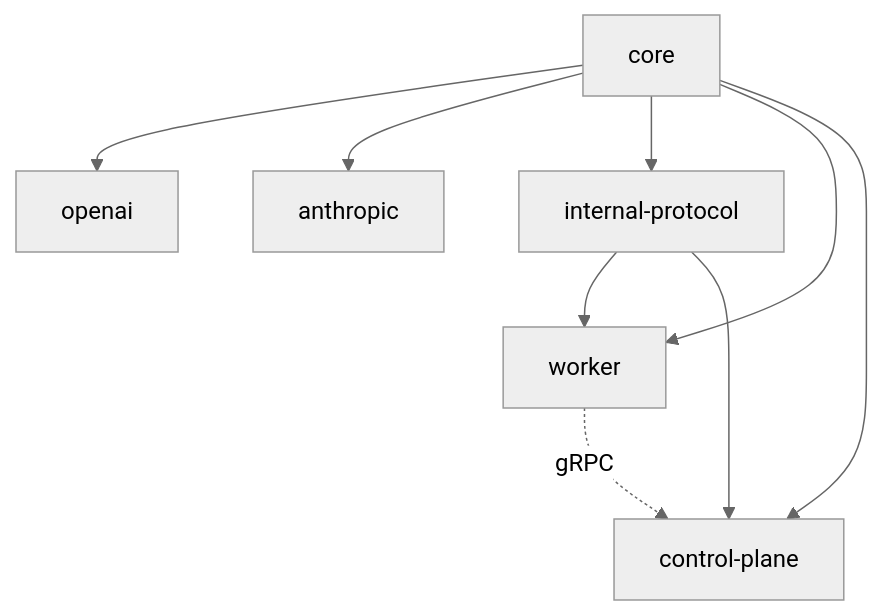
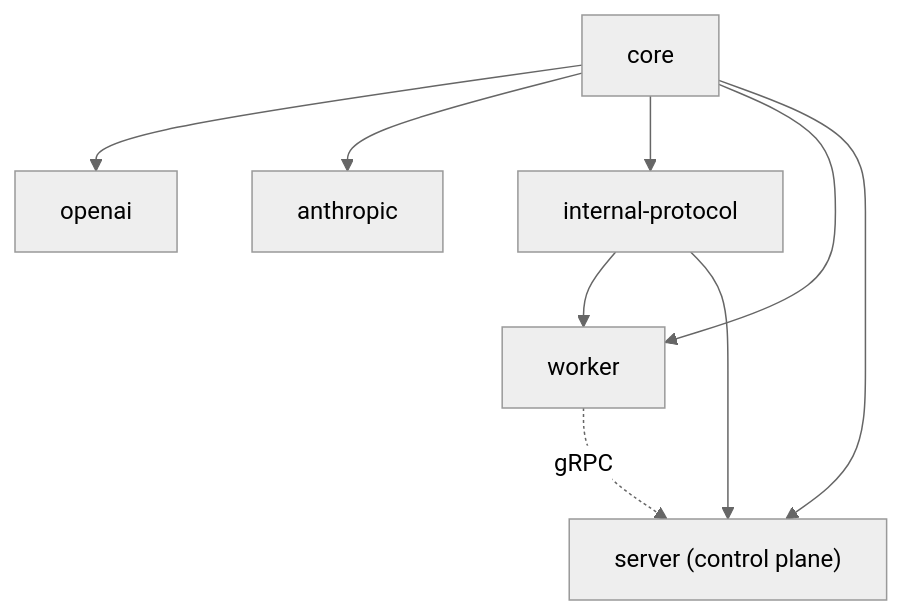
One commit to everruns/everruns changed the second of 3 diagrams in specs/architecture.md. Above: the diagram before and after it, drawn with Mermaid (neutral theme). The commit also changed other lines of this file and 102 other files, not shown here.

First line of the commit message:
refactor: rename everruns-control-plane to everruns-server (#359)

````diff
--- a/specs/architecture.md
+++ b/specs/architecture.md
@@ -87,18 +87,18 @@
 ```mermaid
 graph TD
     core[core]
     openai[openai]
     anthropic[anthropic]
     protocol[internal-protocol]
     worker[worker]
-    cp[control-plane]
+    server["server (control plane)"]
 
     core --> openai
     core --> anthropic
     core --> protocol
     core --> worker
     protocol --> worker
-    protocol --> cp
-    core --> cp
-    worker -.->|gRPC| cp
+    protocol --> server
+    core --> server
+    worker -.->|gRPC| server
 ```
````
